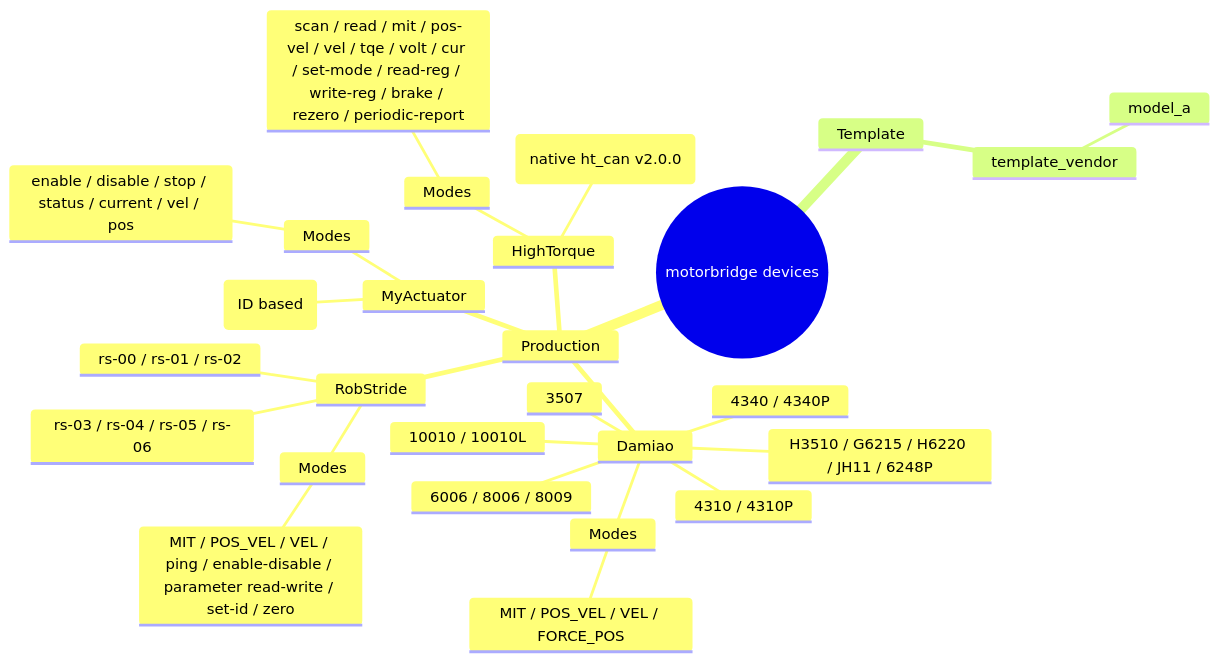
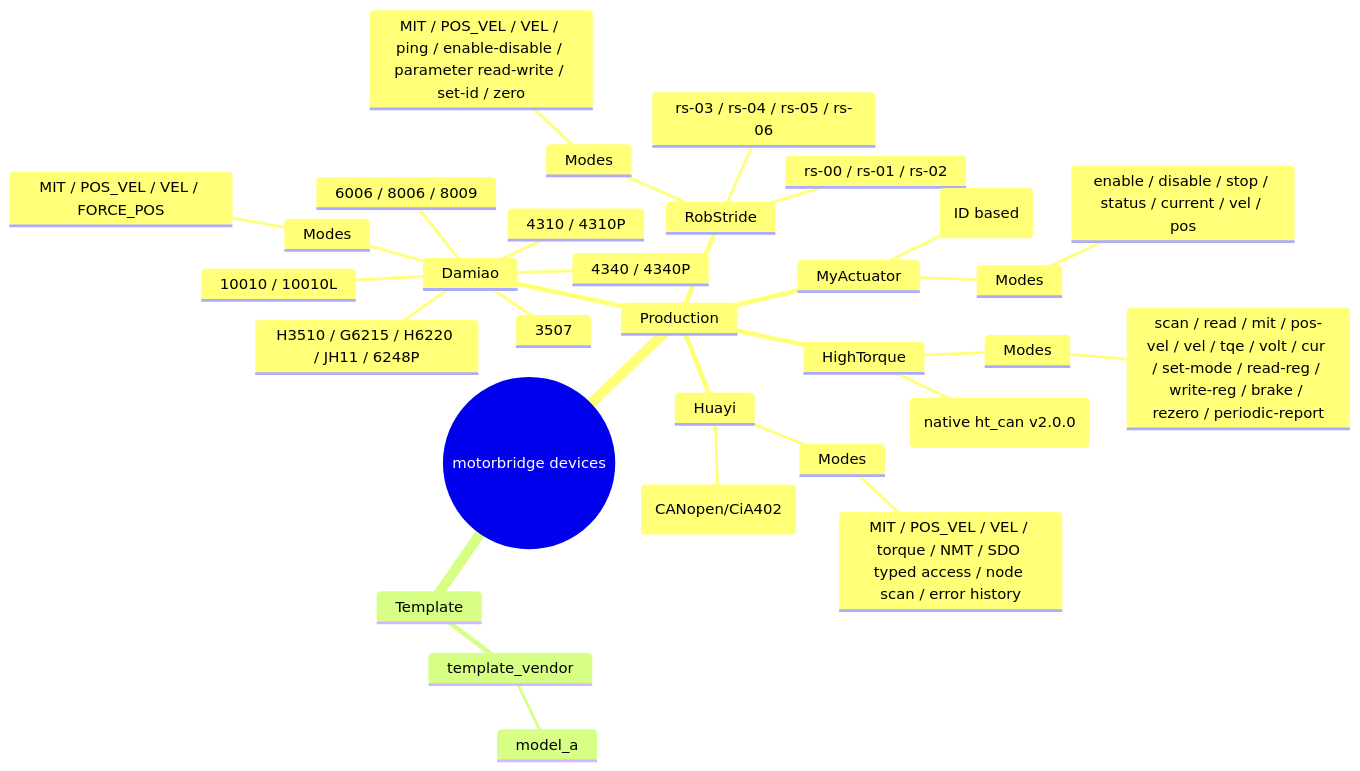
Before and after one commit to motorbridge/motorbridge: the diagram in docs/zh/devices.md, drawn with Mermaid. The commit also changed other lines of this file and 104 other files, not shown here.

First line of the commit message:
feat(huayi): add Huayi CANopen joint driver end-to-end

````diff
--- a/docs/zh/devices.md
+++ b/docs/zh/devices.md
@@ -16,30 +16,34 @@
 ```mermaid
 mindmap
   root((motorbridge devices))
     Production
       Damiao
         3507
         4310 / 4310P
         4340 / 4340P
         6006 / 8006 / 8009
         10010 / 10010L
         H3510 / G6215 / H6220 / JH11 / 6248P
         Modes
           MIT / POS_VEL / VEL / FORCE_POS
       RobStride
         rs-00 / rs-01 / rs-02
         rs-03 / rs-04 / rs-05 / rs-06
         Modes
           MIT / POS_VEL / VEL / ping / enable-disable / parameter read-write / set-id / zero
       MyActuator
         X-series (ID based)
         Modes
           enable / disable / stop / status / current / vel / pos
       HighTorque
         hightorque (native ht_can v2.0.0)
         Modes
           scan / read / mit / pos-vel / vel / tqe / volt / cur / set-mode / read-reg / write-reg / brake / rezero / periodic-report
+      Huayi
+        huayi-joint (CANopen/CiA402)
+        Modes
+          MIT / POS_VEL / VEL / torque / NMT / SDO typed access / node scan / error history
     Template
       template_vendor
         model_a
 ```
````
